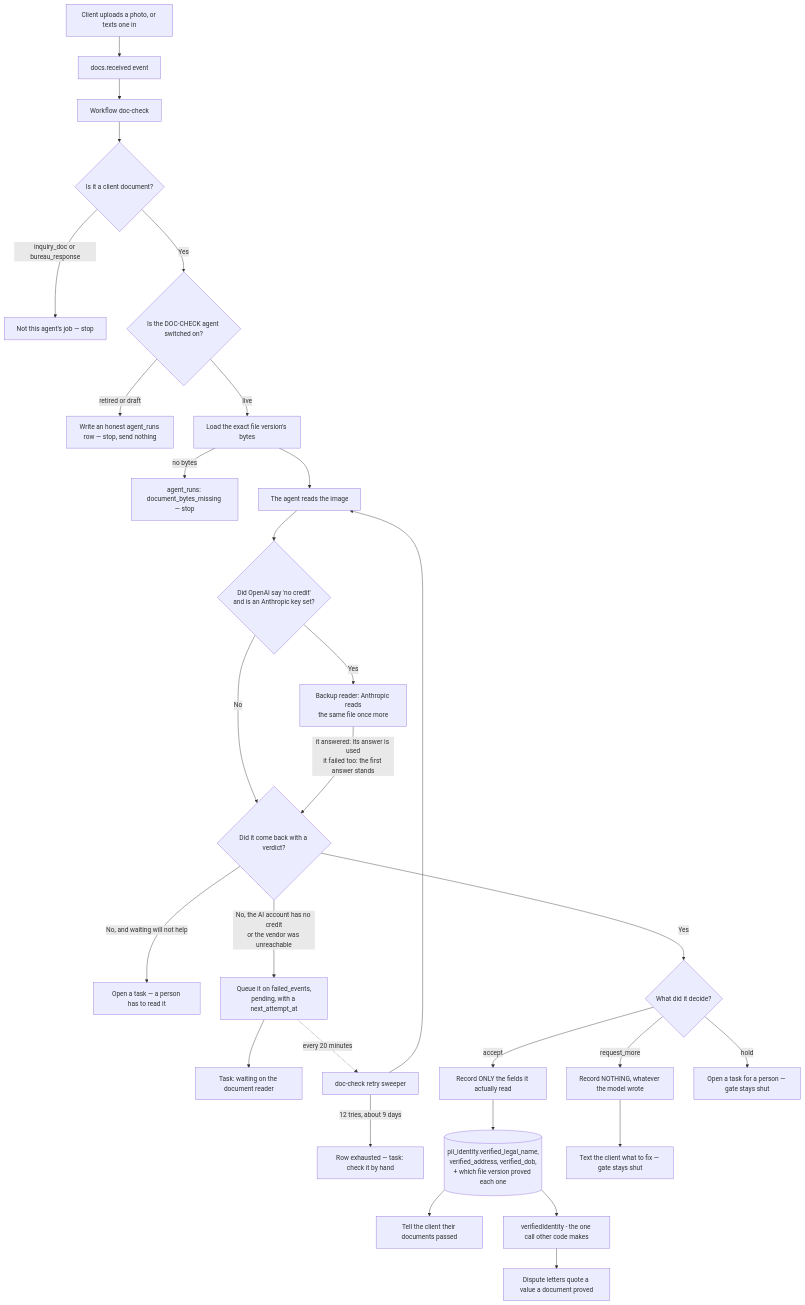
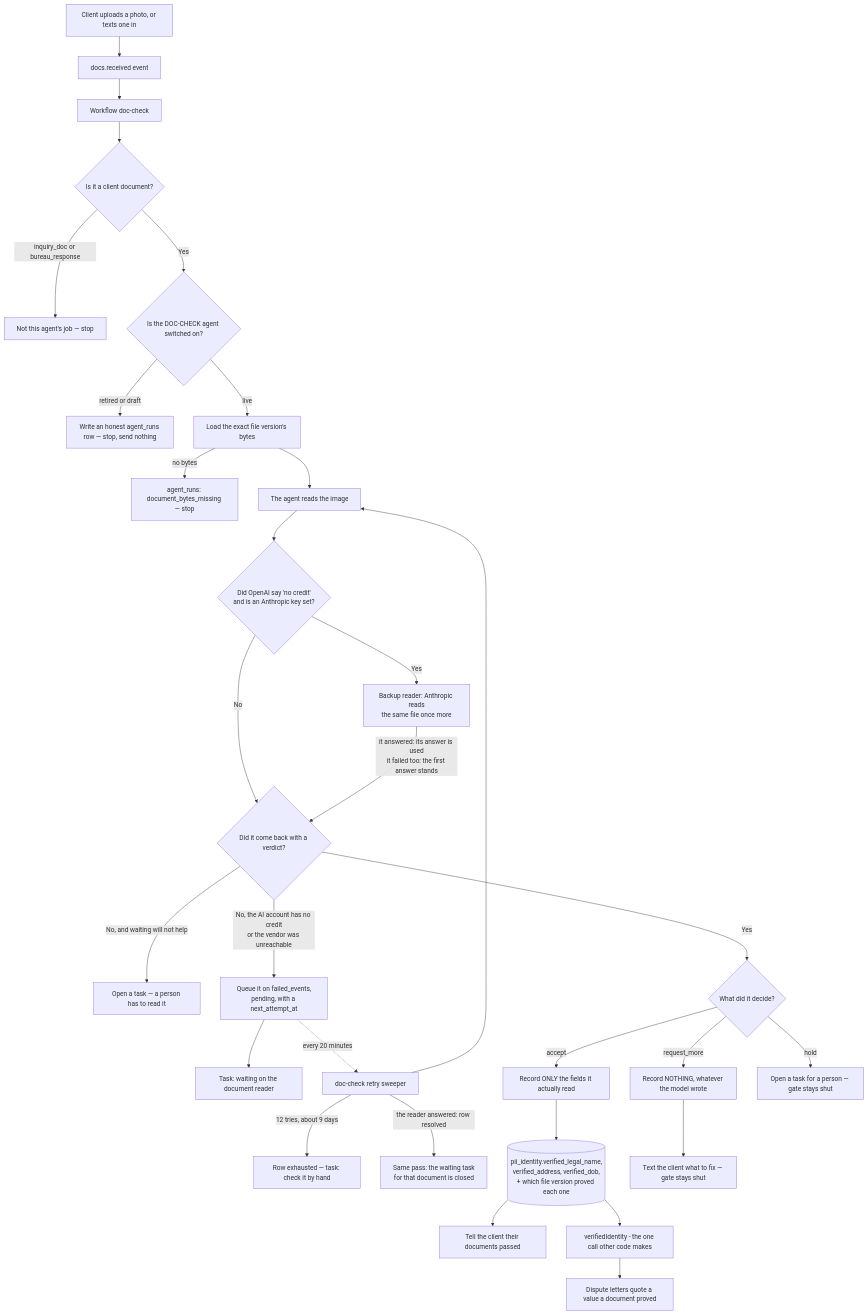
One commit to ZootimusMaximusSupreme/Fundhub_ai changed the diagram in docs/journeys/doc-check-identity-flow.md. Above: the diagram before and after it, drawn with Mermaid. The commit also changed other lines of this file and 11 other files, not shown here.

First line of the commit message:
Hole N4: the reader's retry clock closes its "waiting" job once it has read the file

````diff
--- a/docs/journeys/doc-check-identity-flow.md
+++ b/docs/journeys/doc-check-identity-flow.md
@@ -31,38 +34,39 @@
 ```mermaid
 flowchart TD
     UP[Client uploads a photo, or texts one in] --> EV[docs.received event]
     EV --> W[Workflow doc-check]
     W --> K{Is it a client document?}
     K -->|inquiry_doc or bureau_response| SKIP[Not this agent's job — stop]
     K -->|Yes| ST{Is the DOC-CHECK agent switched on?}
     ST -->|retired or draft| LOG[Write an honest agent_runs row — stop, send nothing]
     ST -->|live| BY[Load the exact file version's bytes]
     BY -->|no bytes| MISS[agent_runs: document_bytes_missing — stop]
     BY --> MODEL[The agent reads the image]
     MODEL --> NC{Did OpenAI say 'no credit'<br/>and is an Anthropic key set?}
     NC -->|Yes| BACKUP[Backup reader: Anthropic reads<br/>the same file once more]
     NC -->|No| ANS
     BACKUP -->|it answered: its answer is used<br/>it failed too: the first answer stands| ANS
     ANS{Did it come back with a verdict?}
 
     ANS -->|No, and waiting will not help| HAND[Open a task — a person has to read it]
     ANS -->|No, the AI account has no credit<br/>or the vendor was unreachable| QUEUE[Queue it on failed_events,<br/>pending, with a next_attempt_at]
     QUEUE --> WAIT[Task: waiting on the document reader]
     QUEUE -.->|every 20 minutes| SWEEP[doc-check retry sweeper]
     SWEEP --> MODEL
     SWEEP -->|12 tries, about 9 days| GIVEUP[Row exhausted — task: check it by hand]
+    SWEEP -->|the reader answered: row resolved| CLOSEWAIT[Same pass: the waiting task<br/>for that document is closed]
 
     ANS -->|Yes| OUT{What did it decide?}
 
     OUT -->|accept| REC[Record ONLY the fields it actually read]
     REC --> DB[(pii_identity.verified_legal_name,<br/>verified_address, verified_dob,<br/>+ which file version proved each one)]
     DB --> MSG[Tell the client their documents passed]
 
     OUT -->|request_more| NOTHING[Record NOTHING, whatever the model wrote]
     NOTHING --> ASK[Text the client what to fix — gate stays shut]
 
     OUT -->|hold| TASK[Open a task for a person — gate stays shut]
 
     DB --> READ[verifiedIdentity - the one call other code makes]
     READ --> LETTER[Dispute letters quote a value a document proved]
 ```
````
